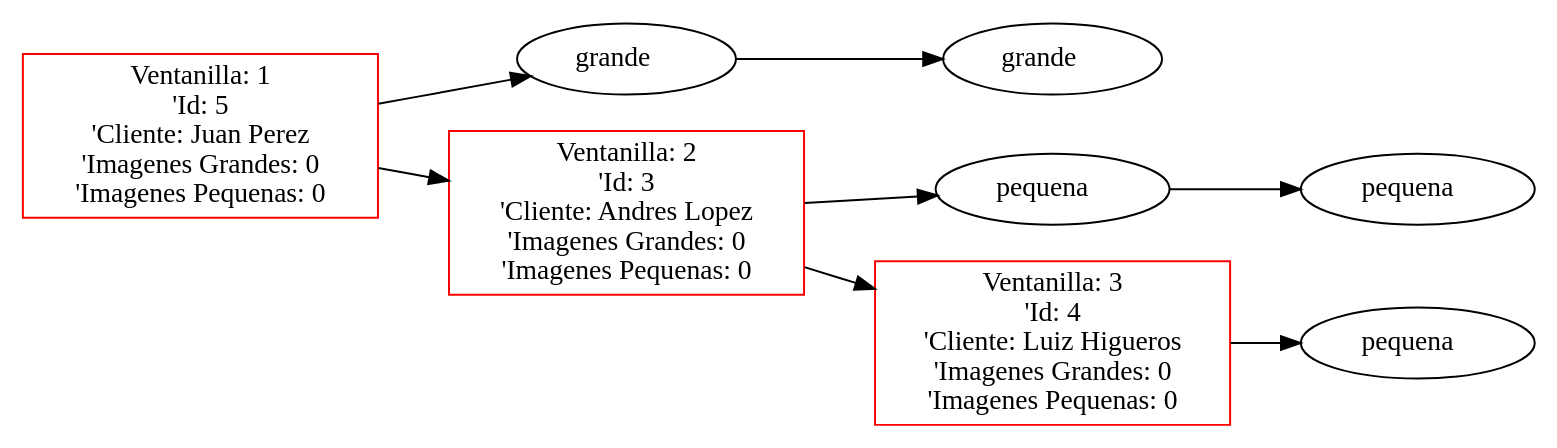
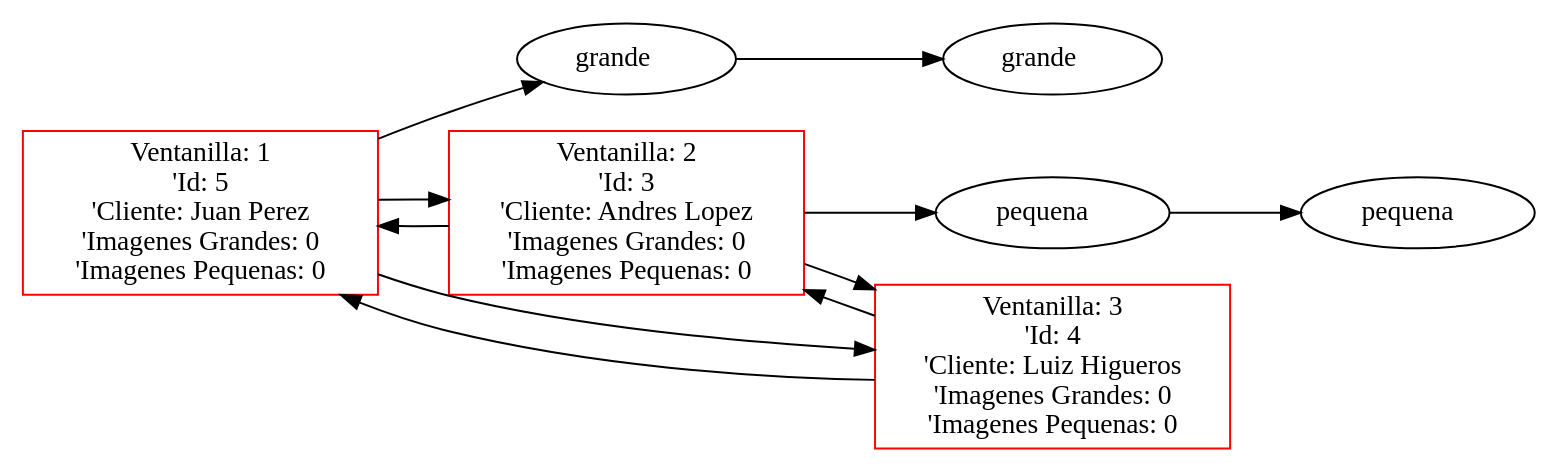
The diagram in Proyecto1/Proyecto1_202200089/Pruebas/PJ/Espera.dot (FranklinONP/EDD_PROYECTO_202200089), drawn with Graphviz before and after one commit. The commit also changed 10 other files, not shown here.

```diff
--- a/Proyecto1/Proyecto1_202200089/Pruebas/PJ/Espera.dot
+++ b/Proyecto1/Proyecto1_202200089/Pruebas/PJ/Espera.dot
@@ -1,18 +1,20 @@
  digraph G {
  rankdir=LR;
  node0 [label="Ventanilla: 1\n'Id: 5\n'Cliente: Juan Perez\n'Imagenes Grandes: 0\n'Imagenes Pequenas: 0", color="red", shape="rectangle"];
  element00 [label="grande    ", shape="ellipse"];
  node0 -> element00 [dir="forward"];
  element00 -> element01 [dir="forward"];
  element01 [label="grande    ", shape="ellipse"];
  node1 [label="Ventanilla: 2\n'Id: 3\n'Cliente: Andres Lopez\n'Imagenes Grandes: 0\n'Imagenes Pequenas: 0", color="red", shape="rectangle"];
  element10 [label="pequena   ", shape="ellipse"];
  node1 -> element10 [dir="forward"];
  element10 -> element11 [dir="forward"];
  element11 [label="pequena   ", shape="ellipse"];
+ node0 -> node1 [dir="back"];
  node0 -> node1 [dir="forward"];
  node2 [label="Ventanilla: 3\n'Id: 4\n'Cliente: Luiz Higueros\n'Imagenes Grandes: 0\n'Imagenes Pequenas: 0", color="red", shape="rectangle"];
- element20 [label="pequena   ", shape="ellipse"];
- node2 -> element20 [dir="forward"];
+ node1 -> node2 [dir="back"];
  node1 -> node2 [dir="forward"];
+ node2 -> node0 [dir="forward"];
+ node2 -> node0 [dir="back"];
  }
```
